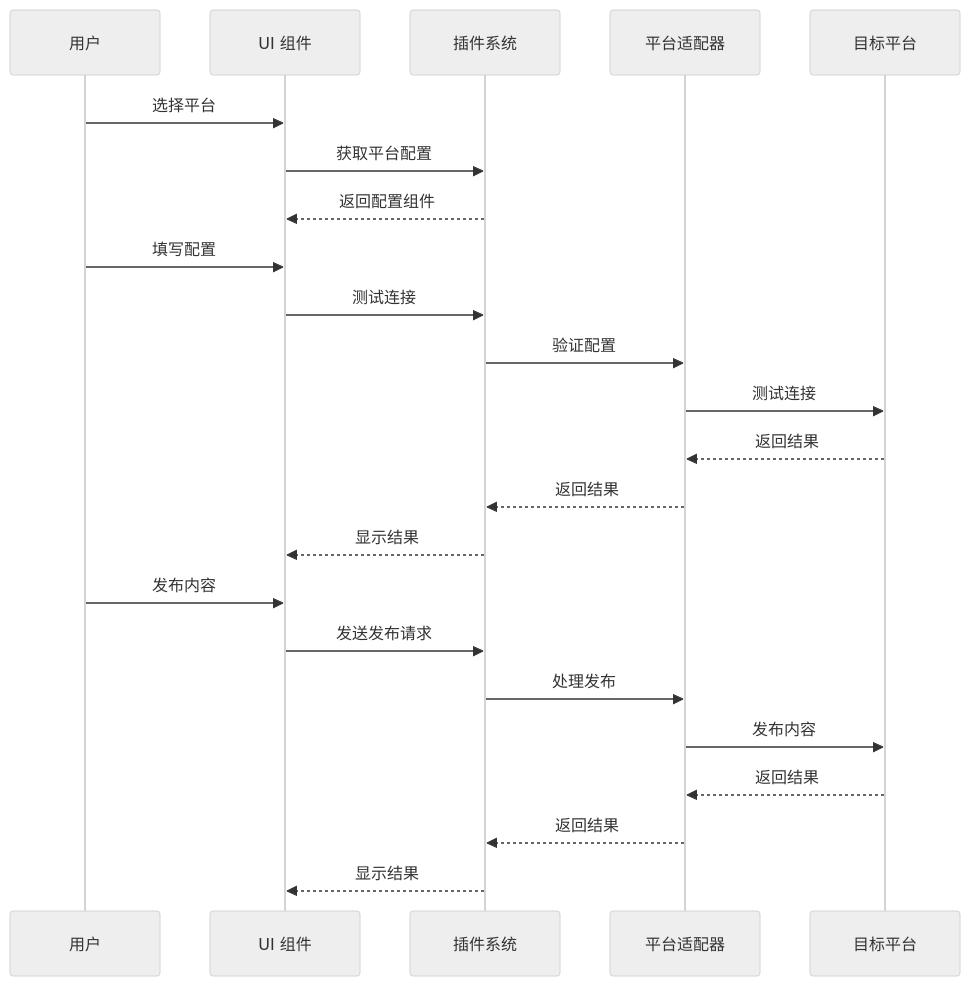
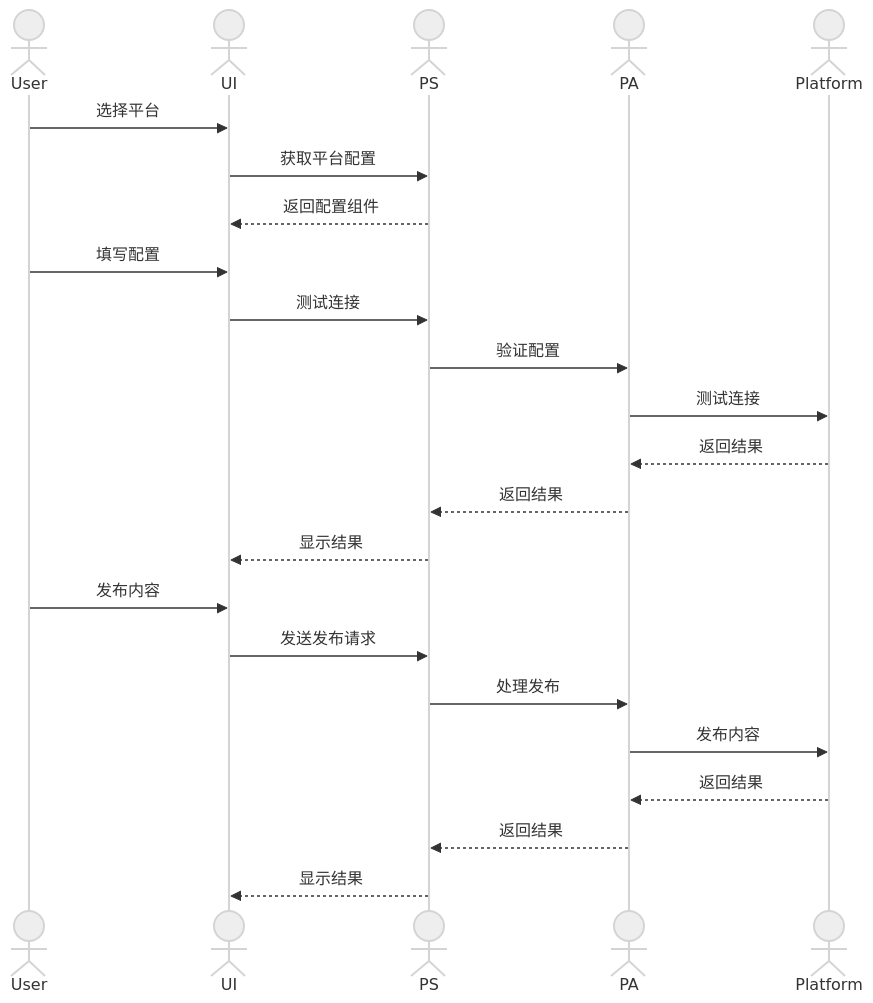
Before and after one commit to terwer/siyuan-plugin-publisher: the third of 7 diagrams in DEVELOPMENT_zh_CN.md, drawn with Mermaid (neutral theme). The commit also changed other lines of this file and 1 other file, not shown here.

First line of the commit message:
docs(DEVELOPMENT): update sequence diagrams to use actor instead of participant

````diff
--- a/DEVELOPMENT_zh_CN.md
+++ b/DEVELOPMENT_zh_CN.md
@@ -54,26 +54,26 @@
 ```mermaid
 sequenceDiagram
-    participant User as 用户
-    participant UI as UI 组件
-    participant PS as 插件系统
-    participant PA as 平台适配器
-    participant Platform as 目标平台
+    actor User
+    actor UI
+    actor PS
+    actor PA
+    actor Platform
 
     User->>UI: 选择平台
     UI->>PS: 获取平台配置
     PS-->>UI: 返回配置组件
     User->>UI: 填写配置
     UI->>PS: 测试连接
     PS->>PA: 验证配置
     PA->>Platform: 测试连接
     Platform-->>PA: 返回结果
     PA-->>PS: 返回结果
     PS-->>UI: 显示结果
     User->>UI: 发布内容
     UI->>PS: 发送发布请求
     PS->>PA: 处理发布
     PA->>Platform: 发布内容
     Platform-->>PA: 返回结果
     PA-->>PS: 返回结果
     PS-->>UI: 显示结果
 ```
````
